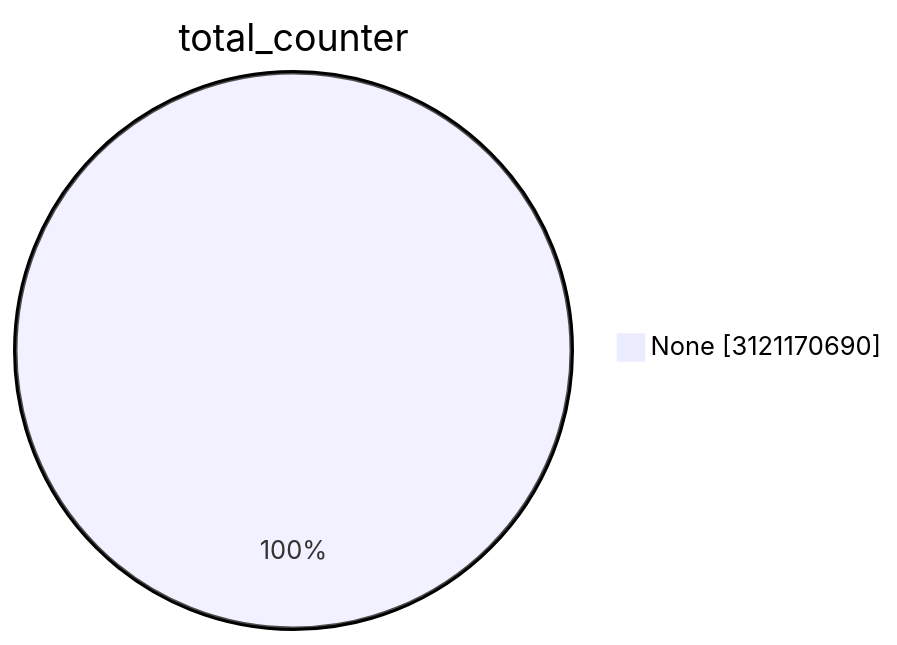
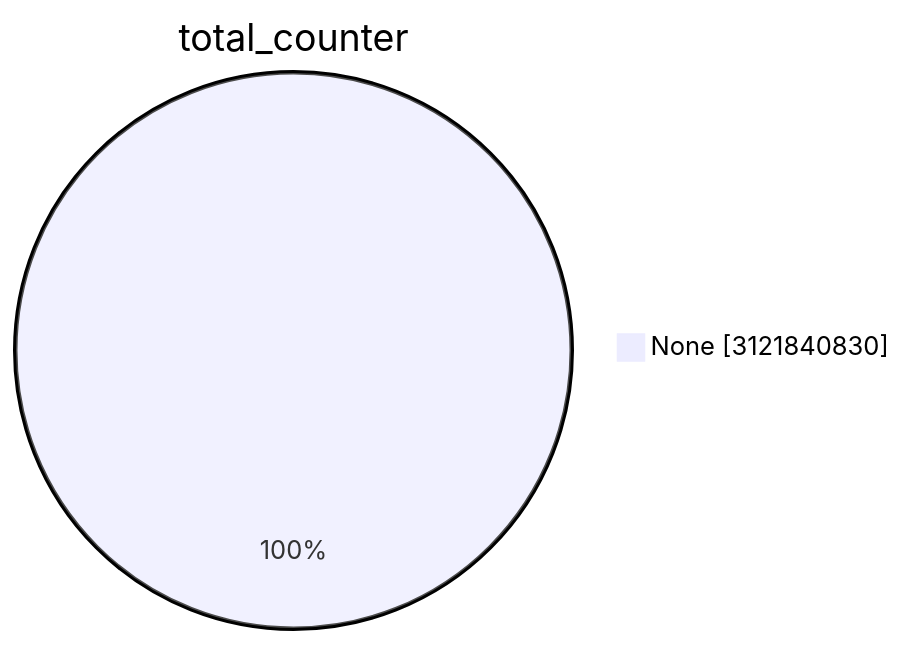
Before and after one commit to christiankrug/ctmonitor_visualization: the first of 15 diagrams in TOTAL/README.md, drawn with Mermaid. The commit also changed other lines of this file, not shown here.

````diff
--- a/TOTAL/README.md
+++ b/TOTAL/README.md
@@ -1,5 +1,5 @@
 ```mermaid
 pie showData
 title total_counter
-"None" :3121170690
+"None" :3121840830
 ```
````
